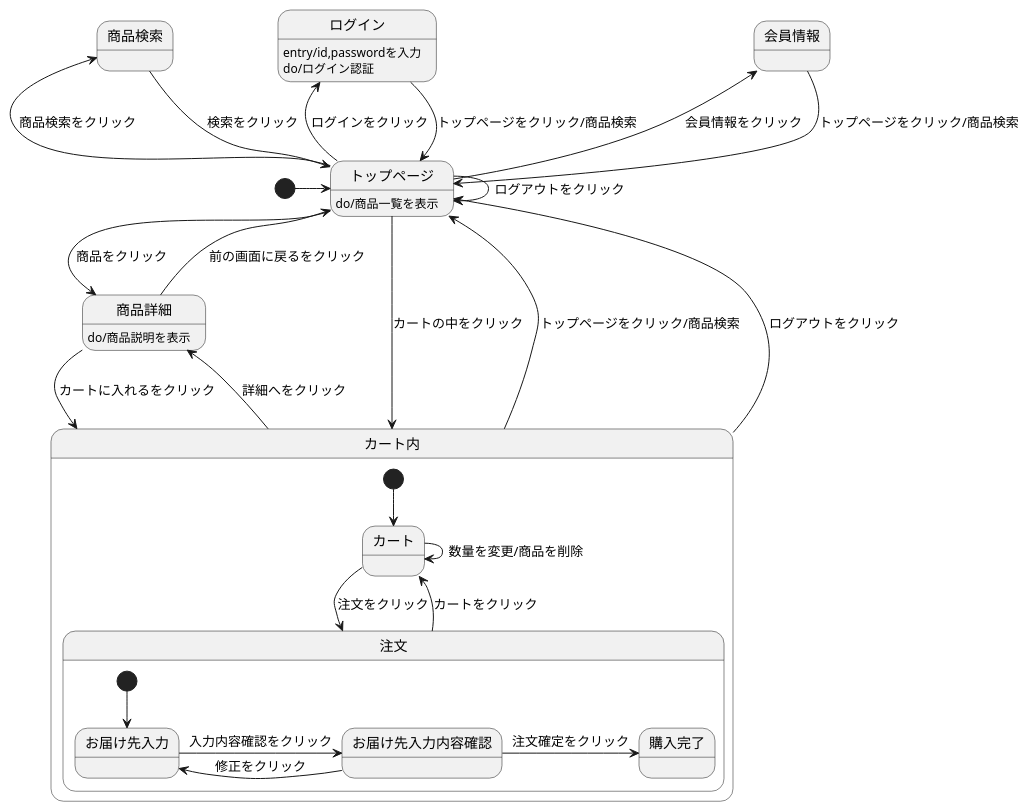
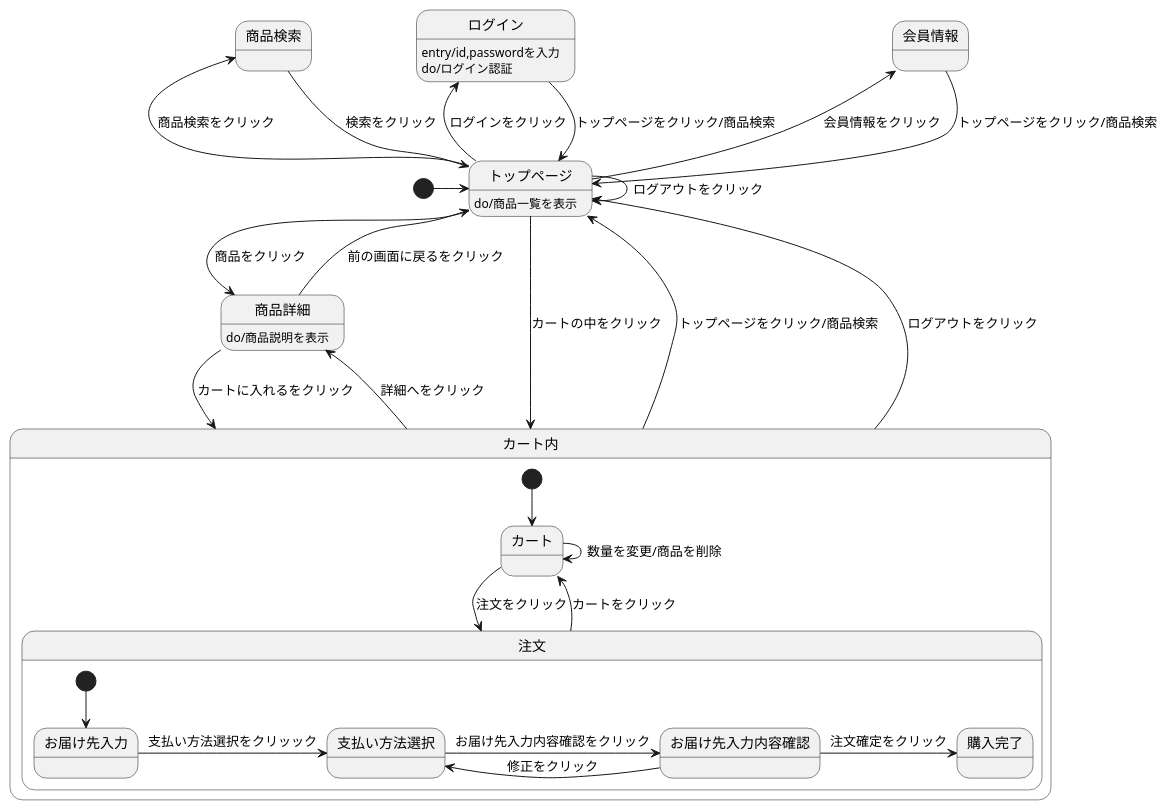
One commit to Aso2001165/2021sys-design-3 changed the diagram in kadai12.md. Above: the diagram before and after it, drawn with PlantUML.

````diff
--- a/kadai12.md
+++ b/kadai12.md
@@ -1,36 +1,37 @@
 ```uml
 @startuml
 [*] -> トップページ
 会員情報 --> トップページ : トップページをクリック/商品検索
 ログイン --> トップページ : トップページをクリック/商品検索
 ログイン:entry/id,passwordを入力
 ログイン:do/ログイン認証
 トップページ --> トップページ : ログアウトをクリック
 トップページ -> 商品詳細 : 商品をクリック
 トップページ -left-> 会員情報 : 会員情報をクリック
 トップページ -left-> ログイン : ログインをクリック
 トップページ --> カート内 : カートの中をクリック
 トップページ:do/商品一覧を表示
 商品検索 --> トップページ : 検索をクリック
 トップページ -left-> 商品検索 : 商品検索をクリック
 商品詳細 --> カート内 : カートに入れるをクリック
 商品詳細 --> トップページ : 前の画面に戻るをクリック
 商品詳細:do/商品説明を表示
 カート内 -up-> トップページ : トップページをクリック/商品検索
 カート内 -up-> トップページ : ログアウトをクリック
 カート内 -> 商品詳細 : 詳細へをクリック
 
 state カート内 {
  [*] --> カート
  カート -> 注文 : 注文をクリック
  カート -> カート : 数量を変更/商品を削除
  注文 --> カート : カートをクリック
 state 注文 {
  [*] --> お届け先入力
- お届け先入力 -> お届け先入力内容確認 : 入力内容確認をクリック
- お届け先入力内容確認 -> お届け先入力 : 修正をクリック
+ お届け先入力 -> 支払い方法選択 : 支払い方法選択をクリッック
+ 支払い方法選択 -> お届け先入力内容確認 : お届け先入力内容確認をクリック
+ お届け先入力内容確認 -> 支払い方法選択 : 修正をクリック
  お届け先入力内容確認 -> 購入完了 : 注文確定をクリック
  }
 }
 @enduml
 ```
````
